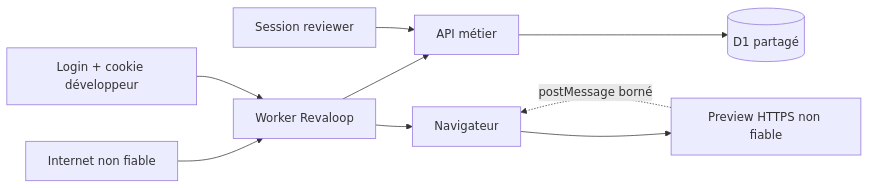
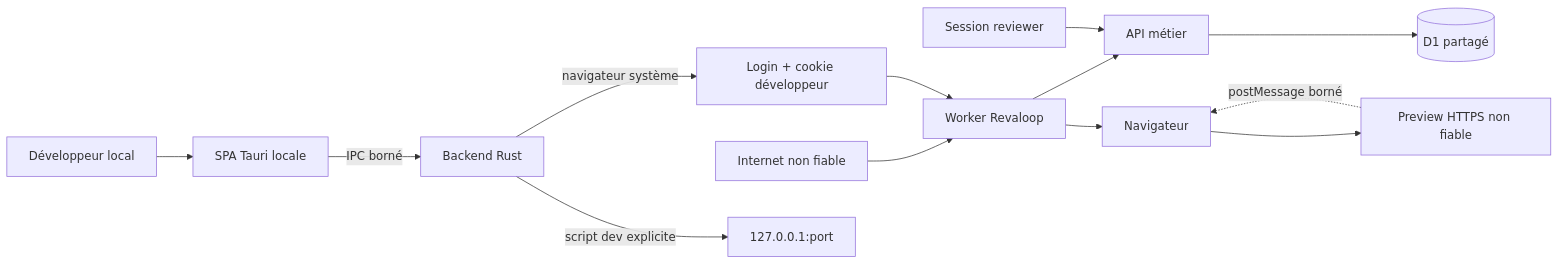
One commit to rfielbal/Revaloop changed the first of 2 diagrams in docs/THREAT_MODEL.md. Above: the diagram before and after it, drawn with Mermaid. The commit also changed other lines of this file and 54 other files, not shown here.

````diff
--- a/docs/THREAT_MODEL.md
+++ b/docs/THREAT_MODEL.md
@@ -74,11 +81,15 @@
 ```mermaid
 flowchart LR
     internet["Internet non fiable"] --> worker["Worker Revaloop"]
     auth["Login + cookie développeur"] --> worker
     worker --> api["API métier"]
     api --> d1[("D1 partagé")]
     reviewer["Session reviewer"] --> api
     worker --> browser["Navigateur"]
     browser --> preview["Preview HTTPS non fiable"]
     preview -. "postMessage borné" .-> browser
+    developer["Développeur local"] --> desktop["SPA Tauri locale"]
+    desktop -->|"IPC borné"| rust["Backend Rust"]
+    rust -->|"script dev explicite"| loopback["127.0.0.1:port"]
+    rust -->|"navigateur système"| auth
 ```
````
